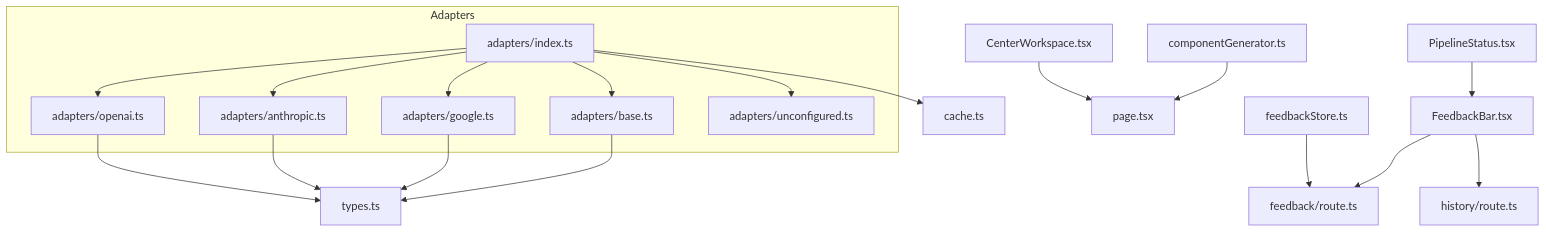
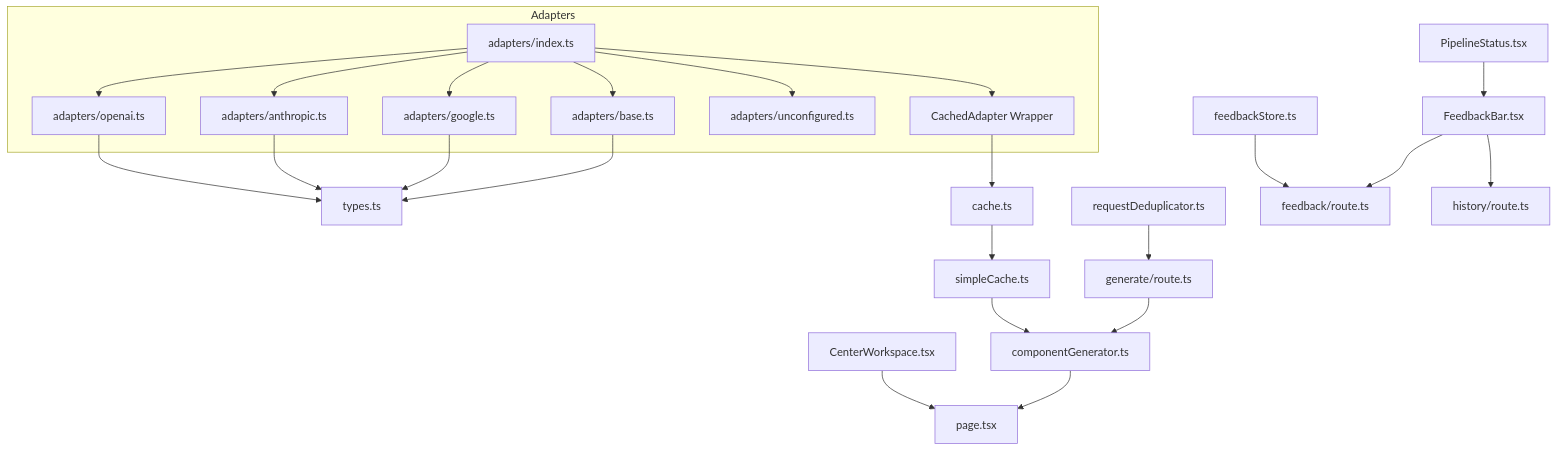
Before and after one commit to shekhargiri005-dotcom/AI-powered-accessibility-first-UI-engine: the first of 8 diagrams in .qoder/repowiki/en/content/Architecture & Design/Design Patterns/Design Patterns.md, drawn with Mermaid. The commit also changed other lines of this file and 8 other files, not shown here.

````diff
--- a/.qoder/repowiki/en/content/Architecture & Design/Design Patterns/Design Patterns.md
+++ b/.qoder/repowiki/en/content/Architecture & Design/Design Patterns/Design Patterns.md
@@ -55,37 +60,46 @@
 ```mermaid
 graph TB
 subgraph "Adapters"
 IDX["adapters/index.ts"]
 BASE["adapters/base.ts"]
 OPENAI["adapters/openai.ts"]
 ANTH["adapters/anthropic.ts"]
 GOOGLE["adapters/google.ts"]
 UNCONF["adapters/unconfigured.ts"]
+CACHED["CachedAdapter Wrapper"]
 end
 TYPES["types.ts"]
 CACHE["cache.ts"]
+DEDUPE["requestDeduplicator.ts"]
+SIMPLE_CACHE["simpleCache.ts"]
 FEEDBACK_STORE["feedbackStore.ts"]
 FEEDBACK_API["feedback/route.ts"]
 FEEDBACK_BAR["FeedbackBar.tsx"]
 PIPELINE["PipelineStatus.tsx"]
 CHAT["CenterWorkspace.tsx"]
 PAGE["page.tsx"]
 COMP_GEN["componentGenerator.ts"]
 HISTORY_API["history/route.ts"]
+GEN_ROUTE["generate/route.ts"]
 IDX --> BASE
 IDX --> OPENAI
 IDX --> ANTH
 IDX --> GOOGLE
 IDX --> UNCONF
-IDX --> CACHE
+IDX --> CACHED
+CACHED --> CACHE
 OPENAI --> TYPES
 ANTH --> TYPES
 GOOGLE --> TYPES
 BASE --> TYPES
+CACHE --> SIMPLE_CACHE
+DEDUPE --> GEN_ROUTE
+SIMPLE_CACHE --> COMP_GEN
 FEEDBACK_STORE --> FEEDBACK_API
 FEEDBACK_BAR --> FEEDBACK_API
 FEEDBACK_BAR --> HISTORY_API
 PIPELINE --> FEEDBACK_BAR
 CHAT --> PAGE
 COMP_GEN --> PAGE
+GEN_ROUTE --> COMP_GEN
 ```
````
